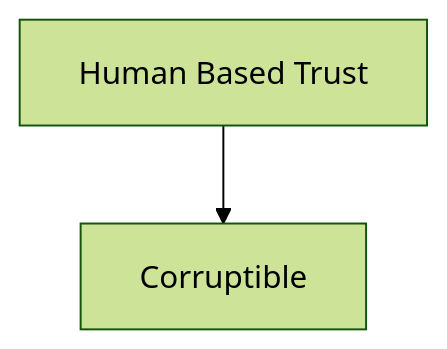
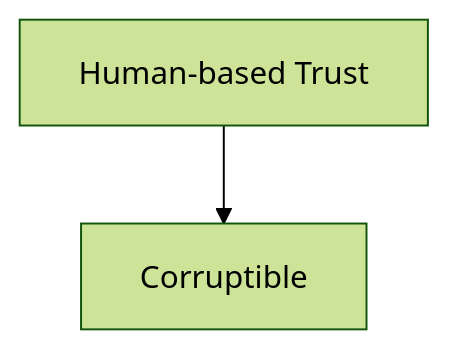
Before and after one commit to kianenigma/what-blockchain-actually: the first of 4 diagrams in content/Content/What/What Is This All About?.md, drawn with Mermaid (forest theme). The commit also changed other lines of this file and 89 other files, not shown here.

````diff
--- a/content/Content/What/What Is This All About?.md
+++ b/content/Content/What/What Is This All About?.md
@@ -17,5 +17,5 @@
 ```mermaid
 flowchart
-HT[Human Based Trust]
+HT[Human-based Trust]
 HT --> Corruptible
 ```
````
